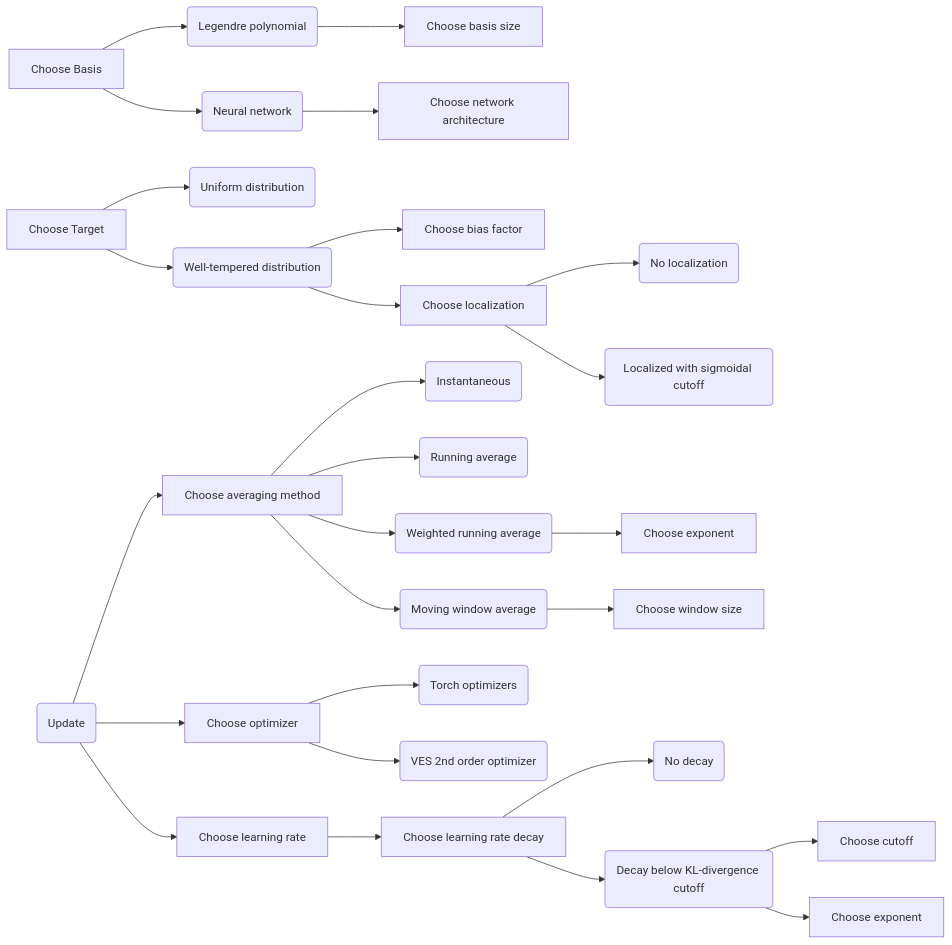
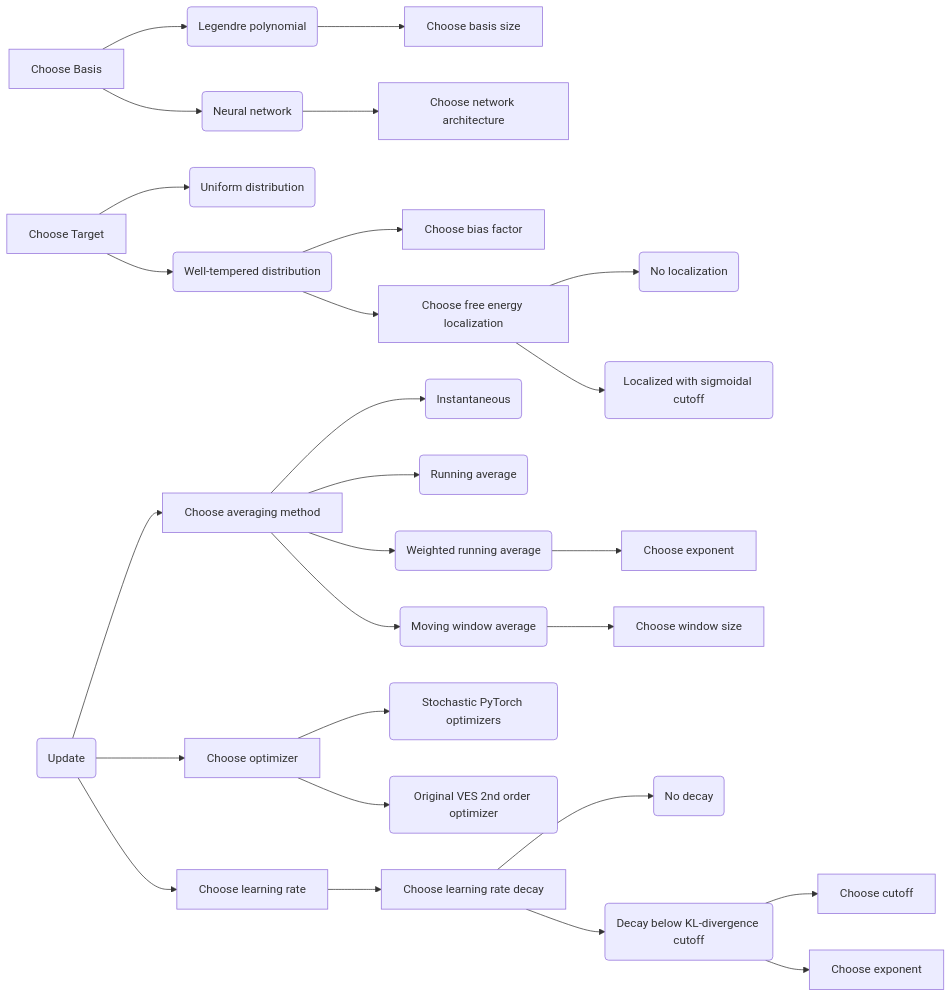
The diagram in README.md (apallath/pyves), drawn with Mermaid before and after one commit.

````diff
--- a/README.md
+++ b/README.md
@@ -5,28 +5,28 @@
 ```mermaid
 graph LR;
     1[Choose Basis]-->A(Legendre polynomial)-->AA[Choose basis size];
     1-->B(Neural network)-->BB[Choose network architecture];
 
     2[Choose Target]-->C(Uniform distribution);
     2-->D(Well-tempered distribution)-->D1[Choose bias factor];
-    D-->D2[Choose localization]
+    D-->D2[Choose free energy localization]
     D2-->D2A(No localization)
     D2-->D2B(Localized with sigmoidal cutoff)
 
     3(Update)-->E[Choose averaging method]
     E-->E1(Instantaneous)
     E-->E2(Running average)
     E-->E3(Weighted running average)-->E3A[Choose exponent]
     E-->E4(Moving window average)-->E4A[Choose window size]
 
     3-->F[Choose optimizer]
-    F-->F1(Torch optimizers)
-    F-->F2(VES 2nd order optimizer)
+    F-->F1(Stochastic PyTorch optimizers)
+    F-->F2(Original VES 2nd order optimizer)
 
     3-->G[Choose learning rate]
     G-->G1[Choose learning rate decay]
     G1-->G1A(No decay)
     G1-->G1B(Decay below KL-divergence cutoff)
     G1B-->G1B1[Choose cutoff]
     G1B-->G1B2[Choose exponent]
  ```
````
